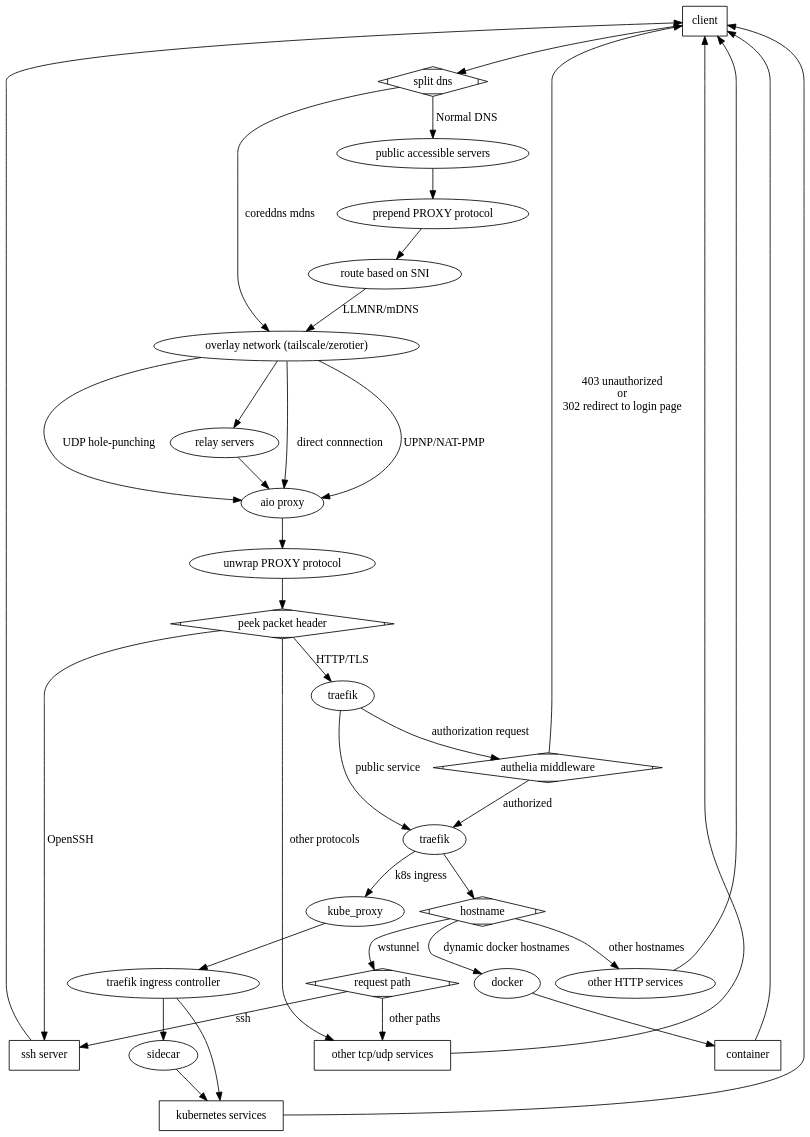
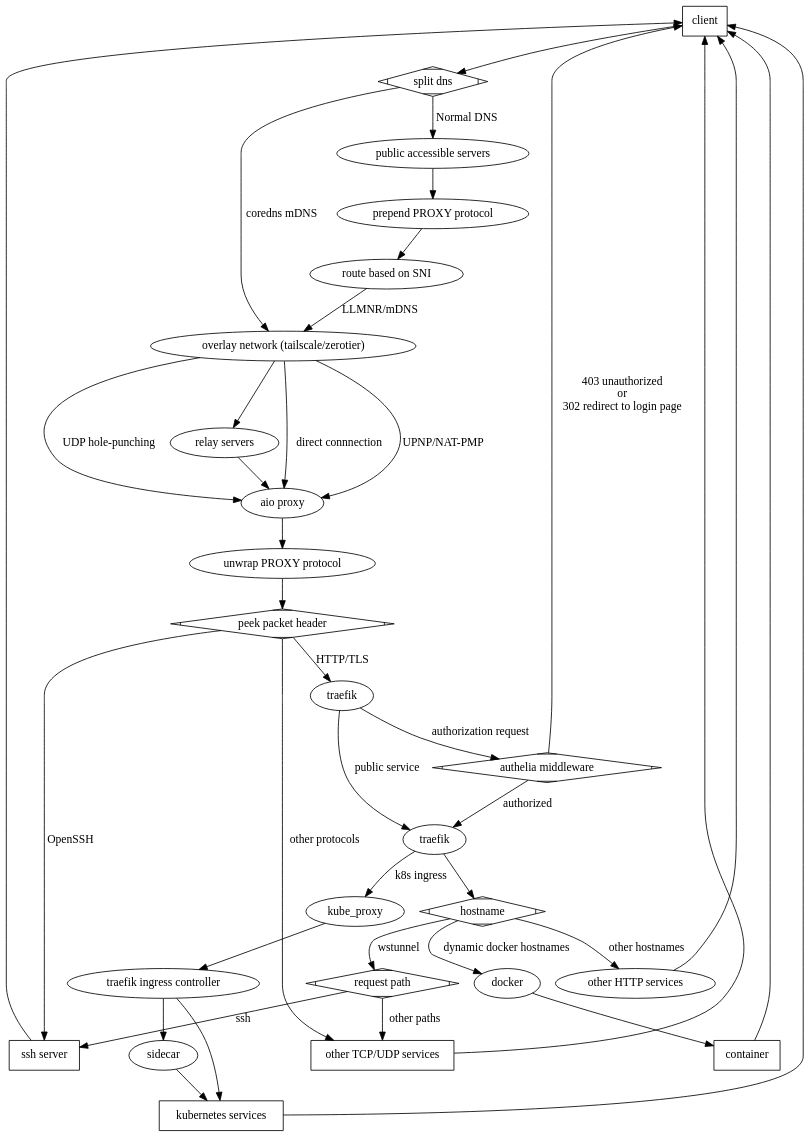
One commit to contrun/wiki changed the diagram in images/life-of-a-request.dot. Above: the diagram before and after it, drawn with Graphviz. The commit also changed 3 other files, not shown here.

```diff
--- a/images/life-of-a-request.dot
+++ b/images/life-of-a-request.dot
@@ -1,74 +1,74 @@
 digraph G {
   graph [fontname = "Handlee"];
   node [fontname = "Handlee"];
   edge [fontname = "Handlee"];
 
   bgcolor=transparent;
 
 
   client -> split_dns;
-  split_dns -> a0 [label="coreddns mdns"];
+  split_dns -> a0 [label="coredns mDNS"];
   split_dns -> b0 [label="Normal DNS"];
   a0 -> aio_proxy [label="direct connnection"];
   a0 -> aio_proxy [label="UPNP/NAT-PMP"];
   a0 -> aio_proxy [label="UDP hole-punching"];
   a0 -> relay_servers;
   relay_servers -> aio_proxy;
   b0 -> PROXY;
   PROXY -> sni;
   sni -> a0 [label="LLMNR/mDNS"];
 
   aio_proxy -> aio_proxy_unwrapped;
   aio_proxy_unwrapped -> peek_packet_header;
   peek_packet_header -> ssh_server [label="OpenSSH"];
   peek_packet_header -> traefik [label="HTTP/TLS"];
   peek_packet_header -> other_tcp_udp_services [label="other protocols"];
   other_tcp_udp_services -> client;
   
   traefik -> authelia [label="authorization request"];
   traefik -> authorized [label="public service"]
   authelia -> authorized [label="authorized"];
   authelia -> client [label="403 unauthorized\nor\n302 redirect to login page"];
   authorized -> kube_proxy [label="k8s ingress"];
   authorized -> hostname;
   hostname -> request_path [label="wstunnel"];
   hostname -> docker_services [label="dynamic docker hostnames"];
   hostname -> other_services [label="other hostnames"];
   docker_services -> docker_container;
   docker_container -> client;
   request_path -> ssh_server [label="ssh"];
   request_path -> other_tcp_udp_services [label="other paths"];
   
   kube_proxy -> traefik_ingress;
   traefik_ingress -> sidecar;
   traefik_ingress -> kubernetes_backend_services;
   sidecar -> kubernetes_backend_services;
   kubernetes_backend_services -> client;
 
   client [label="client", shape=Diamond];
   split_dns [label="split dns", shape=Mdiamond]
   a0 [label="overlay network (tailscale/zerotier)"];
   peek_packet_header [label="peek packet header"];
   b0 [label="public accessible servers"];
   relay_servers [label="relay servers"];
   aio_proxy [label="aio proxy"];
   ssh_server [label="ssh server", shape=Diamond];
   authelia [label="authelia middleware"]
   other_services [label="other HTTP services"];
   docker_services [label="docker"];
   docker_container [label="container", shape=Diamond];
   sni [label="route based on SNI"];
   PROXY [label="prepend PROXY protocol"];
   authorized [label="traefik"]
   aio_proxy_unwrapped [label="unwrap PROXY protocol"];
   hostname [shape=Mdiamond];
   request_path [label="request path"];
   traefik_ingress [label="traefik ingress controller"];
   request_path [shape=Mdiamond];
   authelia [shape=Mdiamond];
   peek_packet_header [shape=Mdiamond];
-  other_tcp_udp_services [label="other tcp/udp services", shape=Diamond];
+  other_tcp_udp_services [label="other TCP/UDP services", shape=Diamond];
   kubernetes_backend_services [label="kubernetes services", shape=Diamond];
   ssh_server -> client;
   other_services -> client;
 }
```
